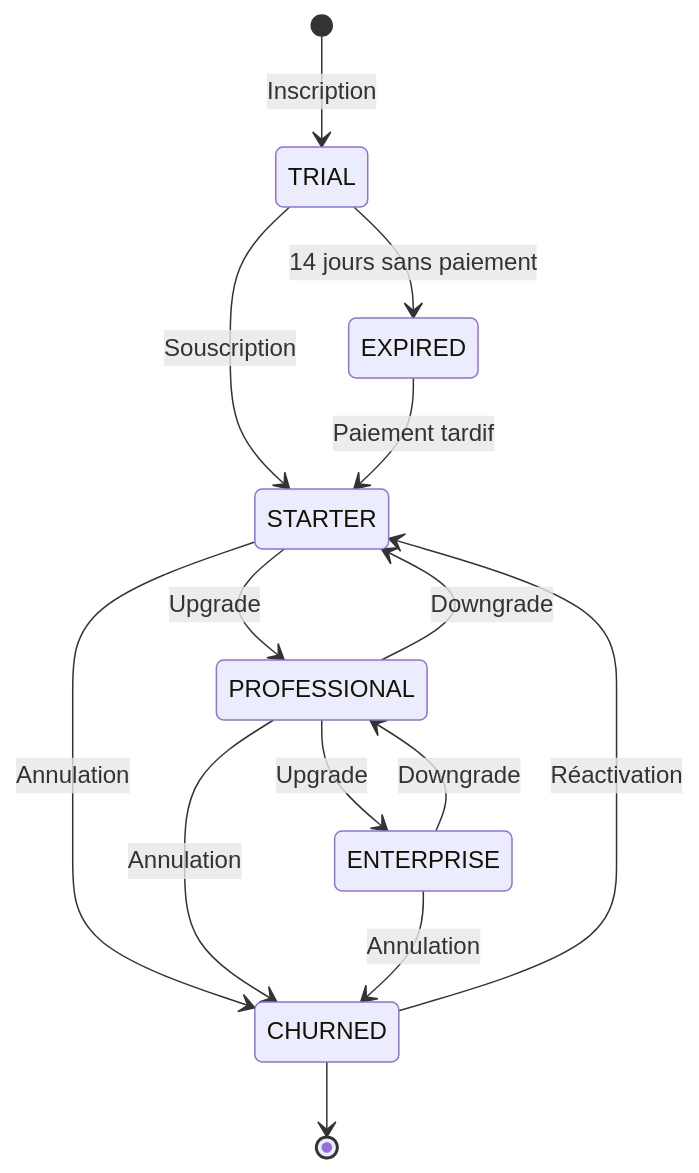
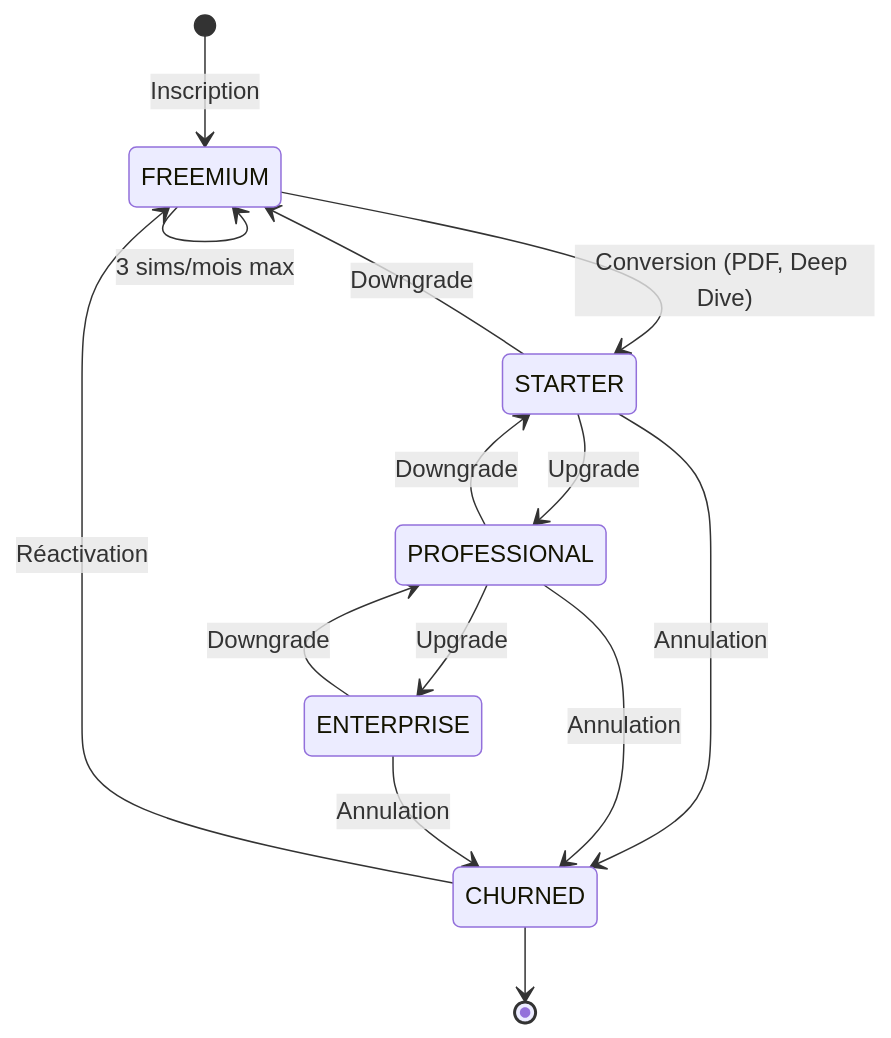
The third of 26 diagrams in docs/architecture.md (nabz0r/Global-Green-Tax), drawn with Mermaid before and after one commit. The commit also changed other lines of this file and 1 other file, not shown here.

First line of the commit message:
docs: update README and architecture for Freemium tier, admin dashboard, data lake & AI pipeline

````diff
--- a/docs/architecture.md
+++ b/docs/architecture.md
@@ -146,20 +170,20 @@
 ```mermaid
 stateDiagram-v2
-    [*] --> TRIAL: Inscription
-    TRIAL --> STARTER: Souscription
-    TRIAL --> EXPIRED: 14 jours sans paiement
-    EXPIRED --> STARTER: Paiement tardif
+    [*] --> FREEMIUM: Inscription
+    FREEMIUM --> STARTER: Conversion (PDF, Deep Dive)
+    FREEMIUM --> FREEMIUM: 3 sims/mois max
 
     STARTER --> PROFESSIONAL: Upgrade
+    STARTER --> FREEMIUM: Downgrade
     STARTER --> CHURNED: Annulation
 
     PROFESSIONAL --> ENTERPRISE: Upgrade
     PROFESSIONAL --> STARTER: Downgrade
     PROFESSIONAL --> CHURNED: Annulation
 
     ENTERPRISE --> PROFESSIONAL: Downgrade
     ENTERPRISE --> CHURNED: Annulation
 
-    CHURNED --> STARTER: Réactivation
+    CHURNED --> FREEMIUM: Réactivation
     CHURNED --> [*]
 ```
````
